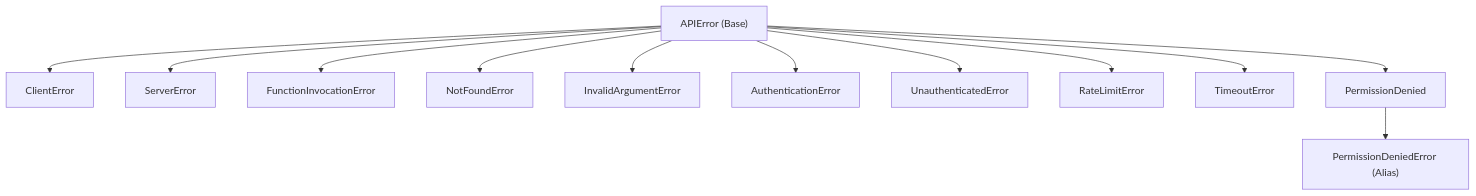
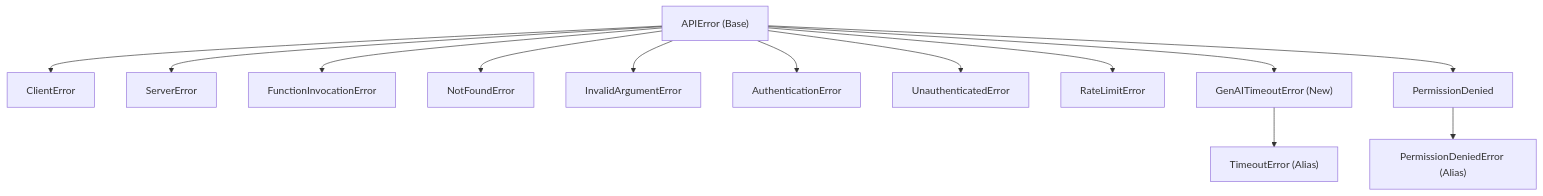
One commit to MOK-5-ha/MayaMCP changed the third of 5 diagrams in .qoder/repowiki/en/content/Testing Strategy/Test Infrastructure.md. Above: the diagram before and after it, drawn with Mermaid. The commit also changed other lines of this file and 27 other files, not shown here.

````diff
--- a/.qoder/repowiki/en/content/Testing Strategy/Test Infrastructure.md
+++ b/.qoder/repowiki/en/content/Testing Strategy/Test Infrastructure.md
@@ -236,14 +260,15 @@
 ```mermaid
 flowchart TD
 APIError["APIError (Base)"] --> ClientError["ClientError"]
 APIError --> ServerError["ServerError"]
 APIError --> FunctionInvocationError["FunctionInvocationError"]
 APIError --> NotFoundError["NotFoundError"]
 APIError --> InvalidArgumentError["InvalidArgumentError"]
 APIError --> AuthenticationError["AuthenticationError"]
 APIError --> UnauthenticatedError["UnauthenticatedError"]
 APIError --> RateLimitError["RateLimitError"]
-APIError --> TimeoutError["TimeoutError"]
+APIError --> GenAITimeoutError["GenAITimeoutError (New)"]
+GenAITimeoutError --> TimeoutErrorAlias["TimeoutError (Alias)"]
 APIError --> PermissionDenied["PermissionDenied"]
 PermissionDenied --> PermissionDeniedError["PermissionDeniedError (Alias)"]
 ```
````
